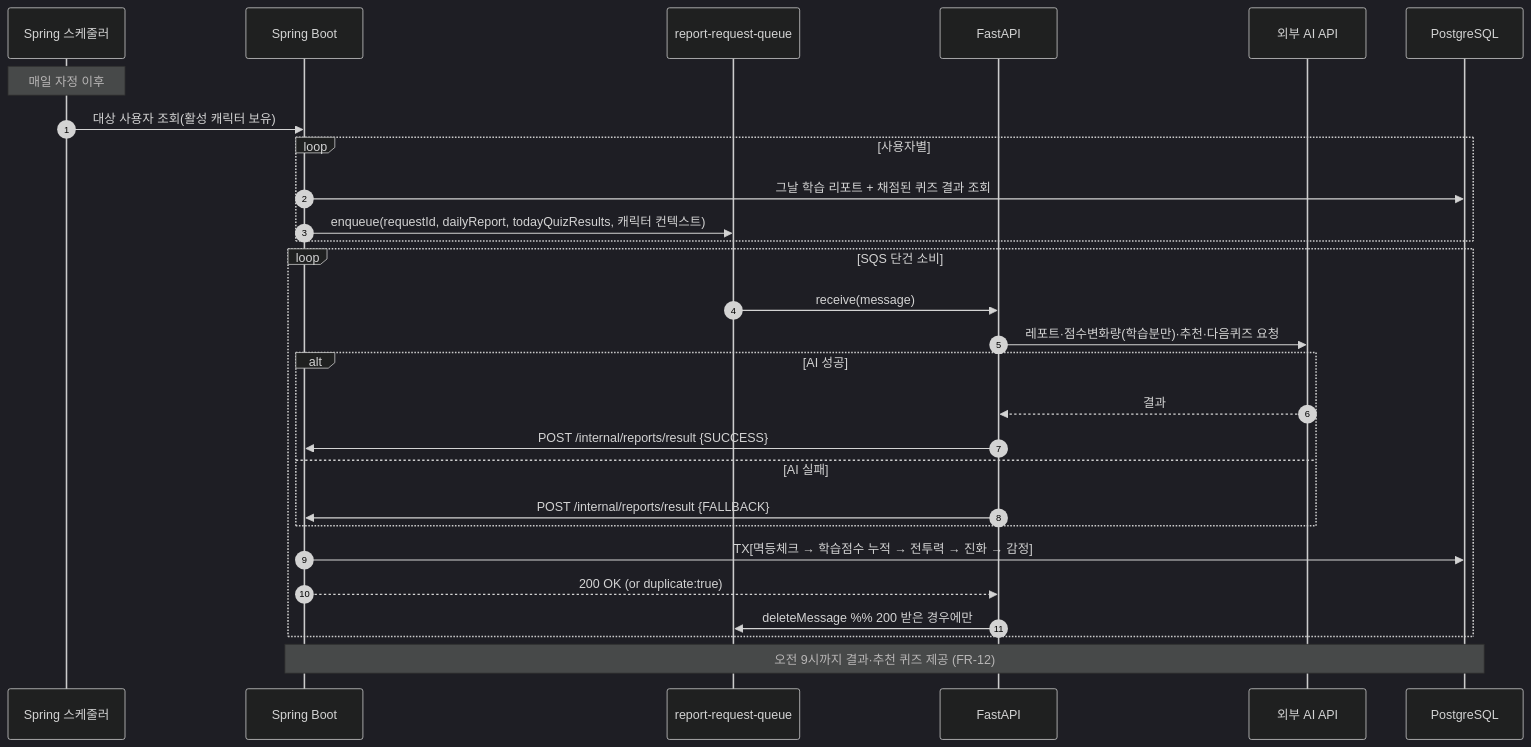
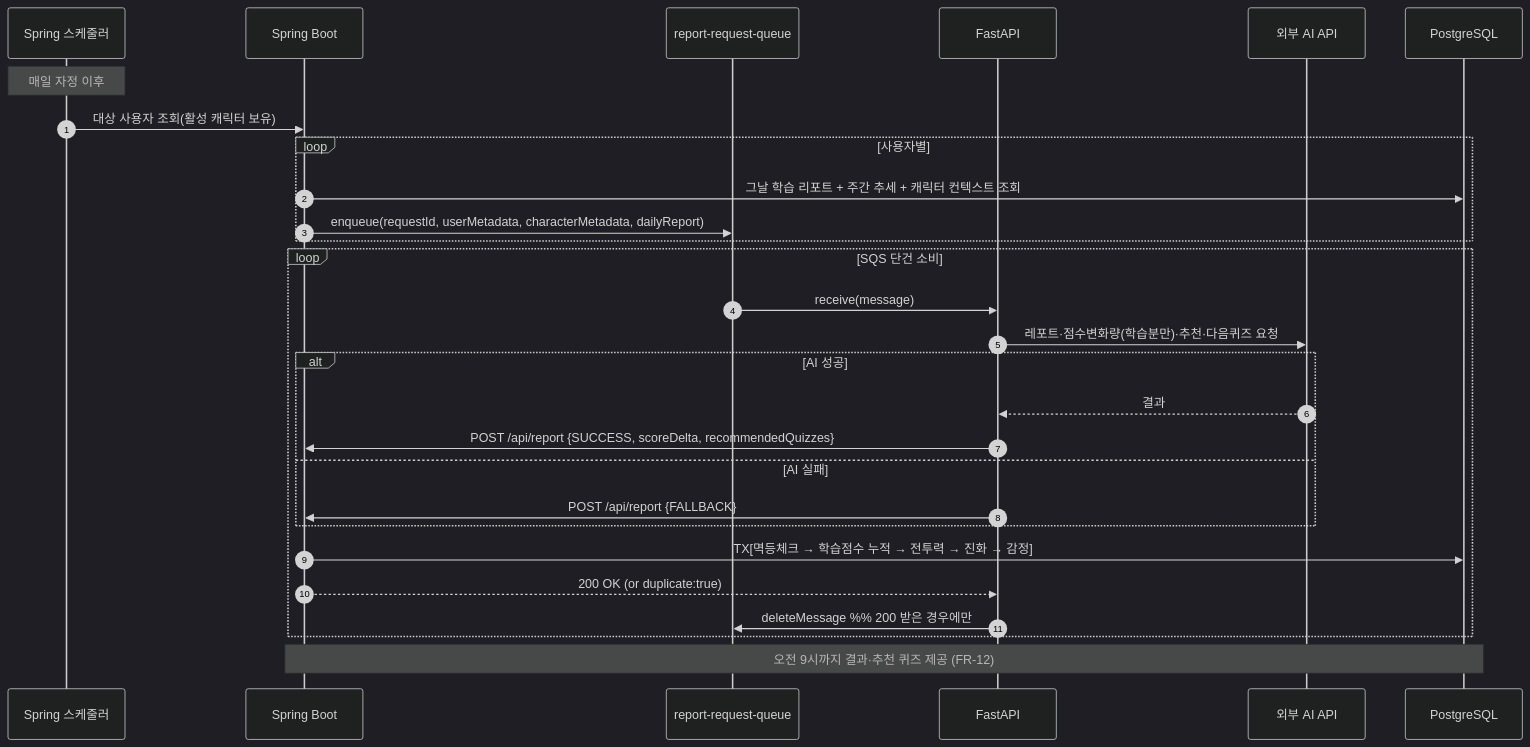
Before and after one commit to YunAndDong/commitgotchi: the fifth of 7 diagrams in _bmad-output/planning-artifacts/architecture/architecture-commitgotchi-2026-06-07/architecture.md, drawn with Mermaid (dark theme). The commit also changed other lines of this file, not shown here.

Commit message:
docs: align core architecture contracts

````diff
--- a/_bmad-output/planning-artifacts/architecture/architecture-commitgotchi-2026-06-07/architecture.md
+++ b/_bmad-output/planning-artifacts/architecture/architecture-commitgotchi-2026-06-07/architecture.md
@@ -763,33 +790,33 @@
 ```mermaid
 sequenceDiagram
   autonumber
   participant CRON as Spring 스케줄러
   participant SB as Spring Boot
   participant Q as report-request-queue
   participant FA as FastAPI
   participant AI as 외부 AI API
   participant DB as PostgreSQL
 
   Note over CRON: 매일 자정 이후
   CRON->>SB: 대상 사용자 조회(활성 캐릭터 보유)
   loop 사용자별
-    SB->>DB: 그날 학습 리포트 + 채점된 퀴즈 결과 조회
-    SB->>Q: enqueue(requestId, dailyReport, todayQuizResults, 캐릭터 컨텍스트)
+    SB->>DB: 그날 학습 리포트 + 주간 추세 + 캐릭터 컨텍스트 조회
+    SB->>Q: enqueue(requestId, userMetadata, characterMetadata, dailyReport)
   end
 
   loop SQS 단건 소비
     Q->>FA: receive(message)
     FA->>AI: 레포트·점수변화량(학습분만)·추천·다음퀴즈 요청
     alt AI 성공
       AI-->>FA: 결과
-      FA->>SB: POST /internal/reports/result {SUCCESS}
+      FA->>SB: POST /api/report {SUCCESS, scoreDelta, recommendedQuizzes}
     else AI 실패
-      FA->>SB: POST /internal/reports/result {FALLBACK}
+      FA->>SB: POST /api/report {FALLBACK}
     end
     SB->>DB: TX[멱등체크 → 학습점수 누적 → 전투력 → 진화 → 감정]
     SB-->>FA: 200 OK (or duplicate:true)
     FA->>Q: deleteMessage   %% 200 받은 경우에만
   end
 
   Note over SB,DB: 오전 9시까지 결과·추천 퀴즈 제공 (FR-12)
 ```
````
